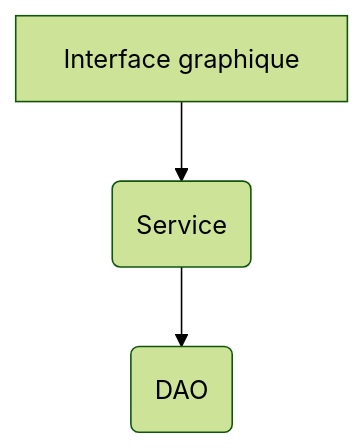
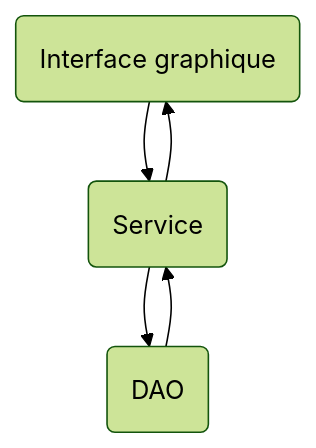
One commit to departement-info-cem/3N5-Prog3 changed the diagram in web/docs/03-recettes/service.mdx. Above: the diagram before and after it, drawn with Mermaid (forest theme). The commit also changed other lines of this file, not shown here.

Commit message:
diagramme flèches doubles

````diff
--- a/web/docs/03-recettes/service.mdx
+++ b/web/docs/03-recettes/service.mdx
@@ -47,5 +47,6 @@
 ```mermaid
 graph TD
-    A[Interface graphique] --> B(Service)
-    B --> C(DAO)
+    A(Interface graphique) --> B(Service)
+    B --> A & C(DAO)
+    C --> B
 ```
````
